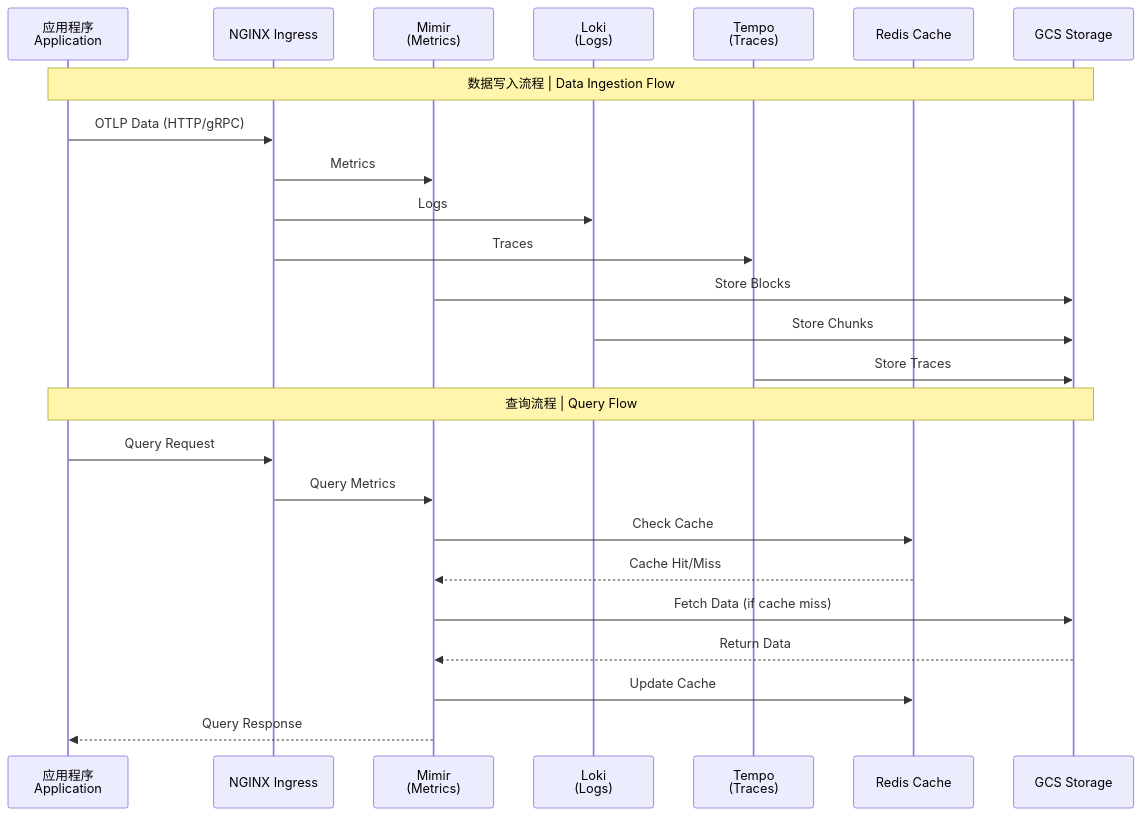
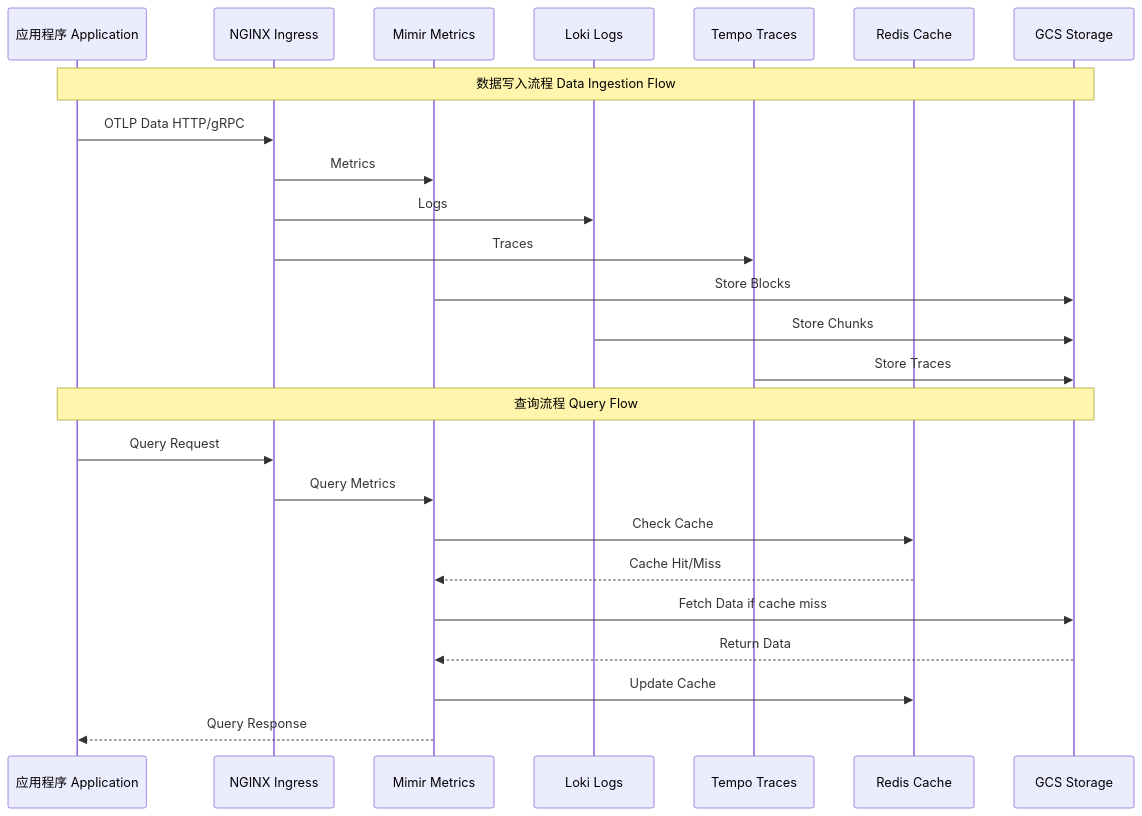
The second of 2 diagrams in OpenTelemetry/Observability_Production/README.md (zking2000/share), drawn with Mermaid before and after one commit. The commit also changed other lines of this file, not shown here.

First line of the commit message:
Fix Mermaid diagram syntax errors

````diff
--- a/OpenTelemetry/Observability_Production/README.md
+++ b/OpenTelemetry/Observability_Production/README.md
@@ -126,30 +126,30 @@
 ```mermaid
 sequenceDiagram
-    participant App as 应用程序<br/>Application
+    participant App as 应用程序 Application
     participant Ingress as NGINX Ingress
-    participant Mimir as Mimir<br/>(Metrics)
-    participant Loki as Loki<br/>(Logs)
-    participant Tempo as Tempo<br/>(Traces)
+    participant Mimir as Mimir Metrics
+    participant Loki as Loki Logs
+    participant Tempo as Tempo Traces
     participant Redis as Redis Cache
     participant GCS as GCS Storage
 
-    Note over App, GCS: 数据写入流程 | Data Ingestion Flow
-    App->>Ingress: OTLP Data (HTTP/gRPC)
+    Note over App, GCS: 数据写入流程 Data Ingestion Flow
+    App->>Ingress: OTLP Data HTTP/gRPC
     Ingress->>Mimir: Metrics
     Ingress->>Loki: Logs  
     Ingress->>Tempo: Traces
     
     Mimir->>GCS: Store Blocks
     Loki->>GCS: Store Chunks
     Tempo->>GCS: Store Traces
 
-    Note over App, GCS: 查询流程 | Query Flow
+    Note over App, GCS: 查询流程 Query Flow
     App->>Ingress: Query Request
     Ingress->>Mimir: Query Metrics
     Mimir->>Redis: Check Cache
     Redis-->>Mimir: Cache Hit/Miss
-    Mimir->>GCS: Fetch Data (if cache miss)
+    Mimir->>GCS: Fetch Data if cache miss
     GCS-->>Mimir: Return Data
     Mimir->>Redis: Update Cache
     Mimir-->>App: Query Response
 ```
````
